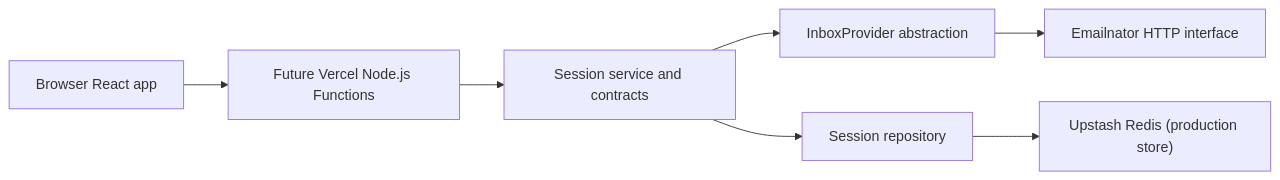
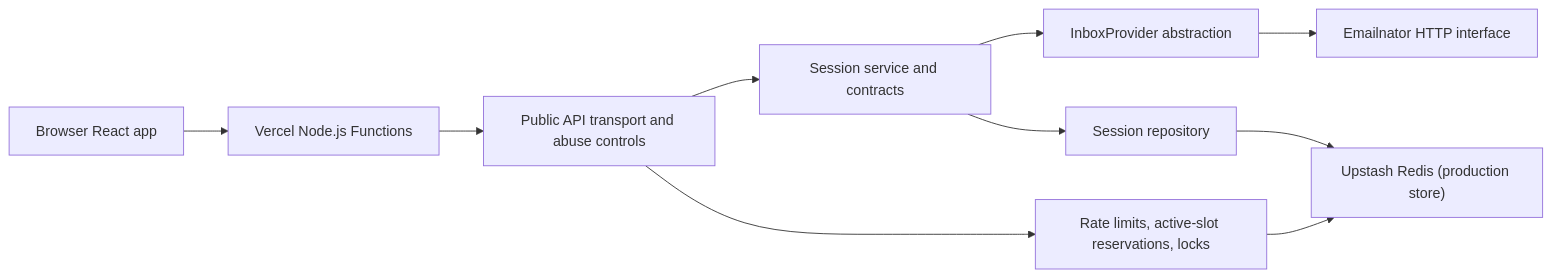
Before and after one commit to koldovsky/2026-fwdays-agentic-greenfield-task: the diagram in email-shadow-panel/docs/specs/002-architecture.md, drawn with Mermaid. The commit also changed other lines of this file and 34 other files, not shown here.

Commit message:
feat: add Phase 2 public API and abuse protection

````diff
--- a/email-shadow-panel/docs/specs/002-architecture.md
+++ b/email-shadow-panel/docs/specs/002-architecture.md
@@ -11,9 +11,12 @@
 ```mermaid
 flowchart LR
-  Browser["Browser React app"] --> API["Future Vercel Node.js Functions"]
-  API --> Domain["Session service and contracts"]
+  Browser["Browser React app"] --> API["Vercel Node.js Functions"]
+  API --> Transport["Public API transport and abuse controls"]
+  Transport --> Domain["Session service and contracts"]
   Domain --> Provider["InboxProvider abstraction"]
   Domain --> Repo["Session repository"]
+  Transport --> Limits["Rate limits, active-slot reservations, locks"]
   Provider --> Emailnator["Emailnator HTTP interface"]
   Repo --> Redis["Upstash Redis (production store)"]
+  Limits --> Redis
 ```
````
